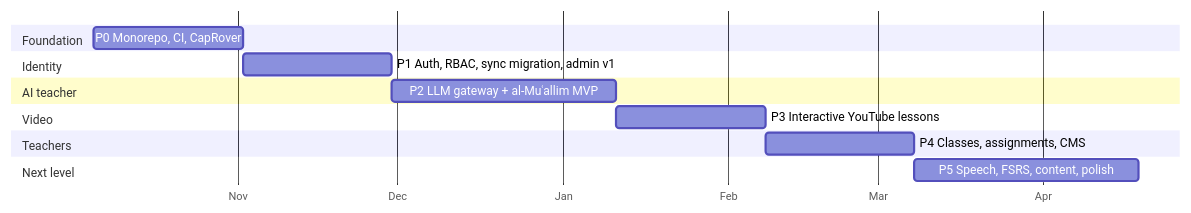
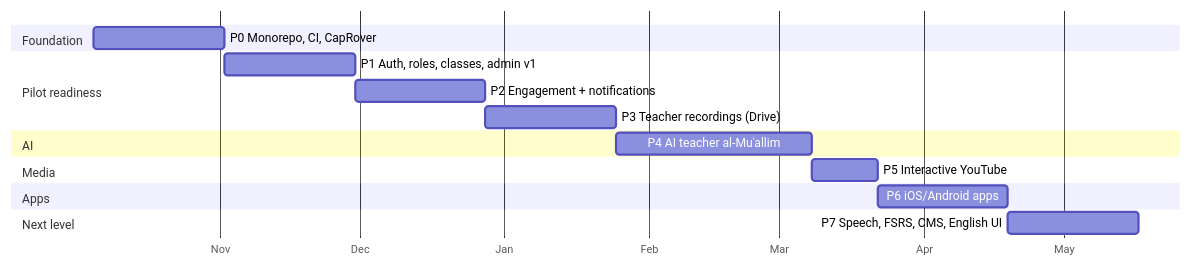
One commit to Sira-Labs/Suffa changed the diagram in docs/plan/roadmap.md. Above: the diagram before and after it, drawn with Mermaid. The commit also changed other lines of this file and 18 other files, not shown here.

First line of the commit message:
docs: add engagement plan, teacher recordings, RustFS storage and CapRover runbook

````diff
--- a/docs/plan/roadmap.md
+++ b/docs/plan/roadmap.md
@@ -9,17 +18,19 @@
 ```mermaid
 gantt
   dateFormat YYYY-MM-DD
   axisFormat %b
   section Foundation
-  P0 Monorepo, CI, CapRover        :p0, 2026-10-05, 28d
-  section Identity
-  P1 Auth, RBAC, sync migration, admin v1 :p1, after p0, 28d
-  section AI teacher
-  P2 LLM gateway + al-Muʿallim MVP :p2, after p1, 42d
-  section Video
-  P3 Interactive YouTube lessons   :p3, after p2, 28d
-  section Teachers
-  P4 Classes, assignments, CMS     :p4, after p3, 28d
+  P0 Monorepo, CI, CapRover          :p0, 2026-10-05, 28d
+  section Pilot readiness
+  P1 Auth, roles, classes, admin v1  :p1, after p0, 28d
+  P2 Engagement + notifications      :p2, after p1, 28d
+  P3 Teacher recordings (Drive)      :p3, after p2, 28d
+  section AI
+  P4 AI teacher al-Muʿallim          :p4, after p3, 42d
+  section Media
+  P5 Interactive YouTube             :p5, after p4, 14d
+  section Apps
+  P6 iOS/Android apps                :p6, after p5, 28d
   section Next level
-  P5 Speech, FSRS, content, polish :p5, after p4, 42d
+  P7 Speech, FSRS, CMS, English UI   :p7, after p6, 28d
 ```
````
